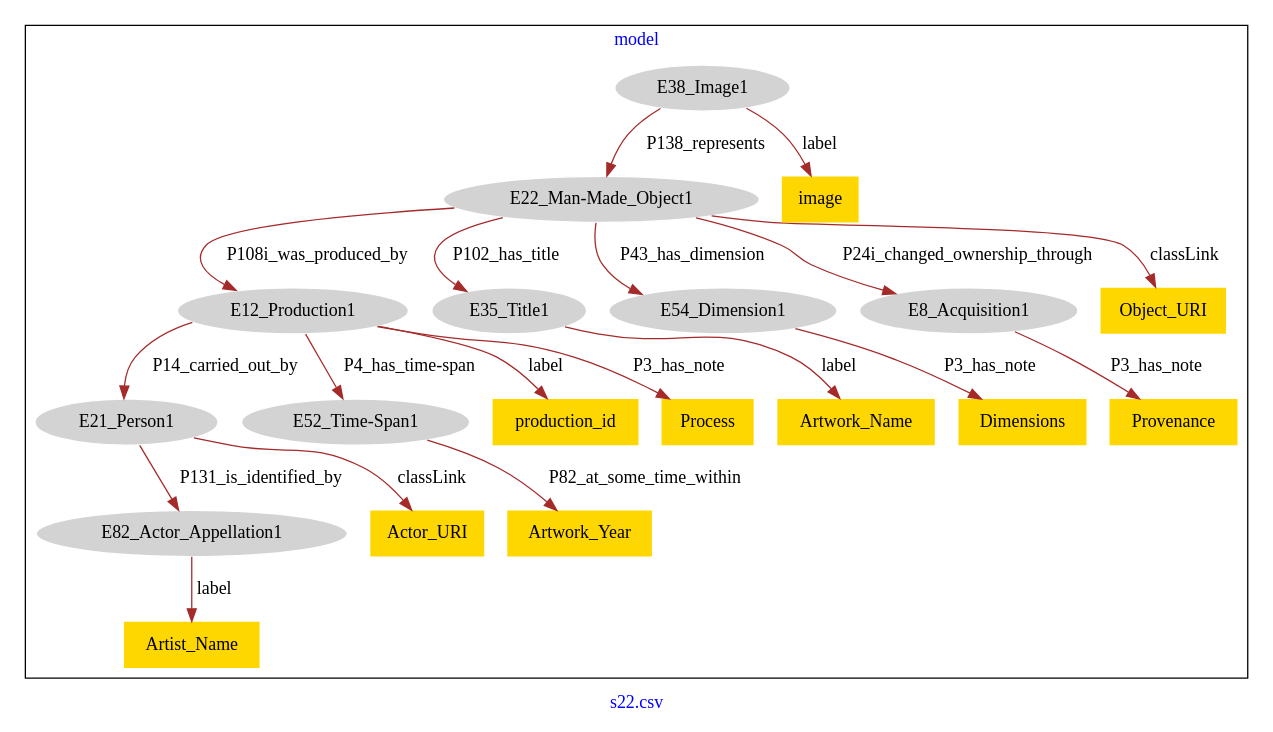
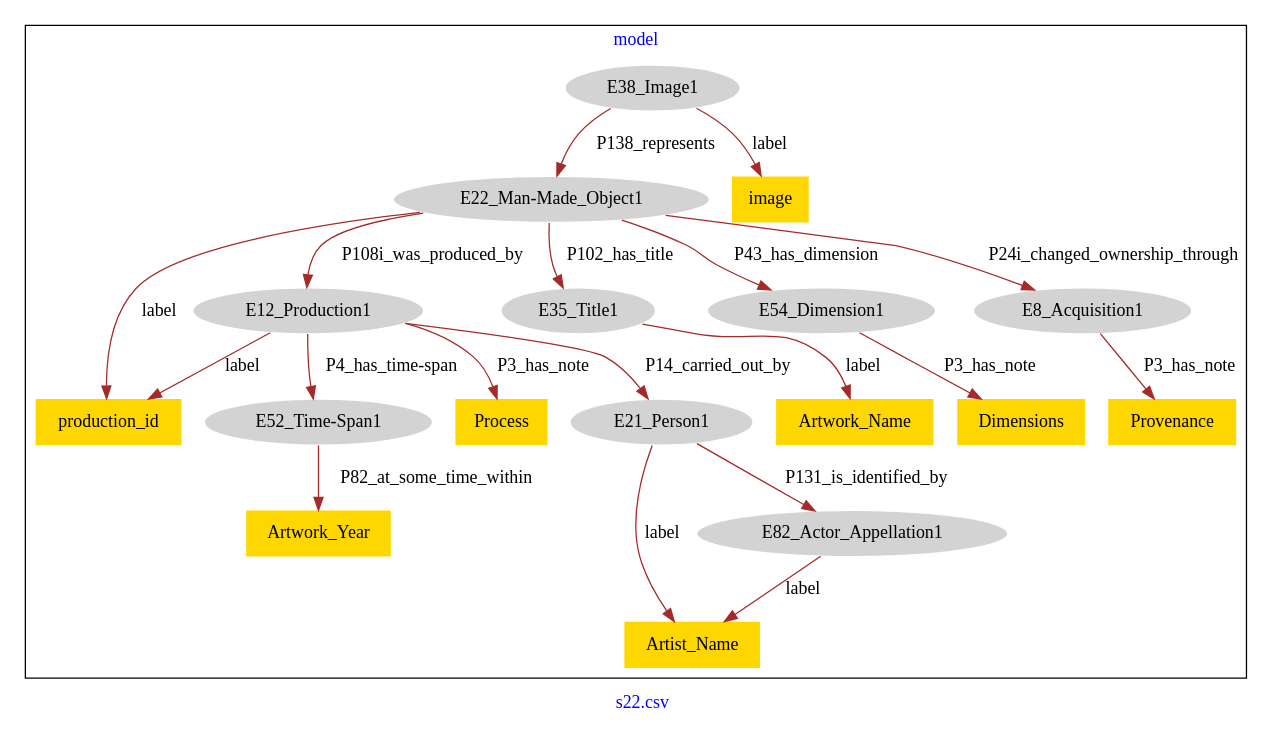
Before and after one commit to Zaiwen/ModelCorrection_Jiakang_XU: the diagram in DataSets/museum-crm/models-graphviz/s22.csv.model.dot, drawn with Graphviz. The commit also changed 67 other files, not shown here.

```diff
--- a/DataSets/museum-crm/models-graphviz/s22.csv.model.dot
+++ b/DataSets/museum-crm/models-graphviz/s22.csv.model.dot
@@ -1,45 +1,43 @@
 digraph n0 {
 fontcolor="blue"
 remincross="true"
 label="s22.csv"
 subgraph cluster {
 label="model"
 n2[style="filled",color="white",fillcolor="lightgray",label="E12_Production1"];
 n3[style="filled",color="white",fillcolor="lightgray",label="E21_Person1"];
 n4[style="filled",color="white",fillcolor="lightgray",label="E52_Time-Span1"];
 n5[style="filled",color="white",fillcolor="lightgray",label="E82_Actor_Appellation1"];
 n6[style="filled",color="white",fillcolor="lightgray",label="E22_Man-Made_Object1"];
 n7[style="filled",color="white",fillcolor="lightgray",label="E35_Title1"];
 n8[style="filled",color="white",fillcolor="lightgray",label="E54_Dimension1"];
 n9[style="filled",color="white",fillcolor="lightgray",label="E8_Acquisition1"];
 n10[style="filled",color="white",fillcolor="lightgray",label="E38_Image1"];
-n11[shape="plaintext",style="filled",fillcolor="gold",label="Object_URI"];
-n12[shape="plaintext",style="filled",fillcolor="gold",label="Artwork_Year"];
-n13[shape="plaintext",style="filled",fillcolor="gold",label="production_id"];
-n14[shape="plaintext",style="filled",fillcolor="gold",label="image"];
-n15[shape="plaintext",style="filled",fillcolor="gold",label="Artwork_Name"];
-n16[shape="plaintext",style="filled",fillcolor="gold",label="Dimensions"];
-n17[shape="plaintext",style="filled",fillcolor="gold",label="Provenance"];
-n18[shape="plaintext",style="filled",fillcolor="gold",label="Artist_Name"];
-n19[shape="plaintext",style="filled",fillcolor="gold",label="Actor_URI"];
-n20[shape="plaintext",style="filled",fillcolor="gold",label="Process"];
+n11[shape="plaintext",style="filled",fillcolor="gold",label="Artwork_Year"];
+n12[shape="plaintext",style="filled",fillcolor="gold",label="production_id"];
+n13[shape="plaintext",style="filled",fillcolor="gold",label="Dimensions"];
+n14[shape="plaintext",style="filled",fillcolor="gold",label="Provenance"];
+n15[shape="plaintext",style="filled",fillcolor="gold",label="image"];
+n16[shape="plaintext",style="filled",fillcolor="gold",label="Artwork_Name"];
+n17[shape="plaintext",style="filled",fillcolor="gold",label="Artist_Name"];
+n18[shape="plaintext",style="filled",fillcolor="gold",label="Process"];
 }
 n2 -> n3[color="brown",fontcolor="black",label="P14_carried_out_by"]
 n2 -> n4[color="brown",fontcolor="black",label="P4_has_time-span"]
 n3 -> n5[color="brown",fontcolor="black",label="P131_is_identified_by"]
 n6 -> n2[color="brown",fontcolor="black",label="P108i_was_produced_by"]
 n6 -> n7[color="brown",fontcolor="black",label="P102_has_title"]
 n6 -> n8[color="brown",fontcolor="black",label="P43_has_dimension"]
 n6 -> n9[color="brown",fontcolor="black",label="P24i_changed_ownership_through"]
 n10 -> n6[color="brown",fontcolor="black",label="P138_represents"]
-n6 -> n11[color="brown",fontcolor="black",label="classLink"]
-n4 -> n12[color="brown",fontcolor="black",label="P82_at_some_time_within"]
-n2 -> n13[color="brown",fontcolor="black",label="label"]
-n10 -> n14[color="brown",fontcolor="black",label="label"]
-n7 -> n15[color="brown",fontcolor="black",label="label"]
-n8 -> n16[color="brown",fontcolor="black",label="P3_has_note"]
-n9 -> n17[color="brown",fontcolor="black",label="P3_has_note"]
-n5 -> n18[color="brown",fontcolor="black",label="label"]
-n3 -> n19[color="brown",fontcolor="black",label="classLink"]
-n2 -> n20[color="brown",fontcolor="black",label="P3_has_note"]
+n4 -> n11[color="brown",fontcolor="black",label="P82_at_some_time_within"]
+n6 -> n12[color="brown",fontcolor="black",label="label"]
+n8 -> n13[color="brown",fontcolor="black",label="P3_has_note"]
+n9 -> n14[color="brown",fontcolor="black",label="P3_has_note"]
+n10 -> n15[color="brown",fontcolor="black",label="label"]
+n7 -> n16[color="brown",fontcolor="black",label="label"]
+n5 -> n17[color="brown",fontcolor="black",label="label"]
+n2 -> n18[color="brown",fontcolor="black",label="P3_has_note"]
+n3 -> n17[color="brown",fontcolor="black",label="label"]
+n2 -> n12[color="brown",fontcolor="black",label="label"]
 }
```
